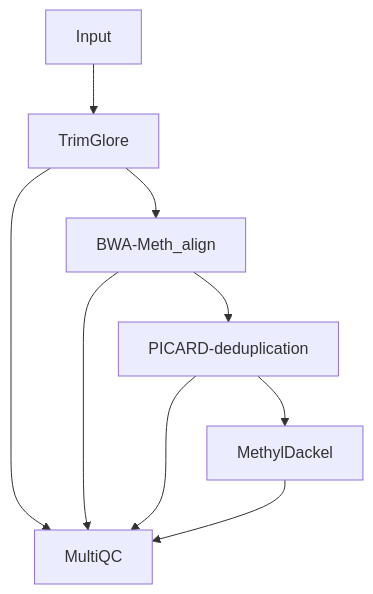
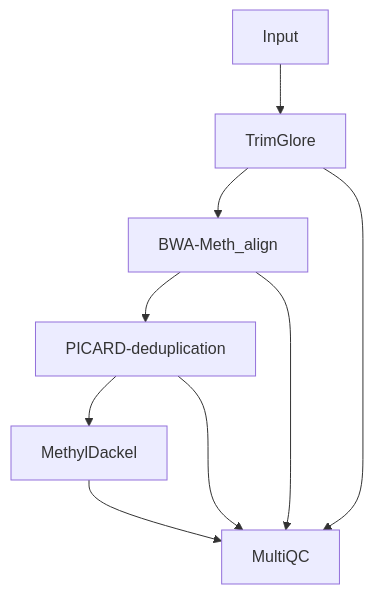
One commit to yxiangSG/nf_testdata changed the diagram in README.md. Above: the diagram before and after it, drawn with Mermaid.

````diff
--- a/README.md
+++ b/README.md
@@ -3,13 +3,11 @@
 ```mermaid
- %%{init: { 'startOnLoad':true }%%
 graph TD;
-%%{config:{ 'flowchart' :{ 'diagramPadding': 20 } }%%
 Input-->TrimGlore;
-TrimGlore-->BWA-Meth_align;
+TrimGlore--> BWA-Meth_align;
+BWA-Meth_align-->PICARD-deduplication;
+PICARD-deduplication-->MethylDackel;
 TrimGlore-->MultiQC;
+PICARD-deduplication-->MultiQC;
 BWA-Meth_align-->MultiQC;
-BWA-Meth_align-->PICARD-deduplication;
-PICARD-deduplication-->MultiQC;
-PICARD-deduplication-->MethylDackel;
 MethylDackel-->MultiQC;
 ```
````
